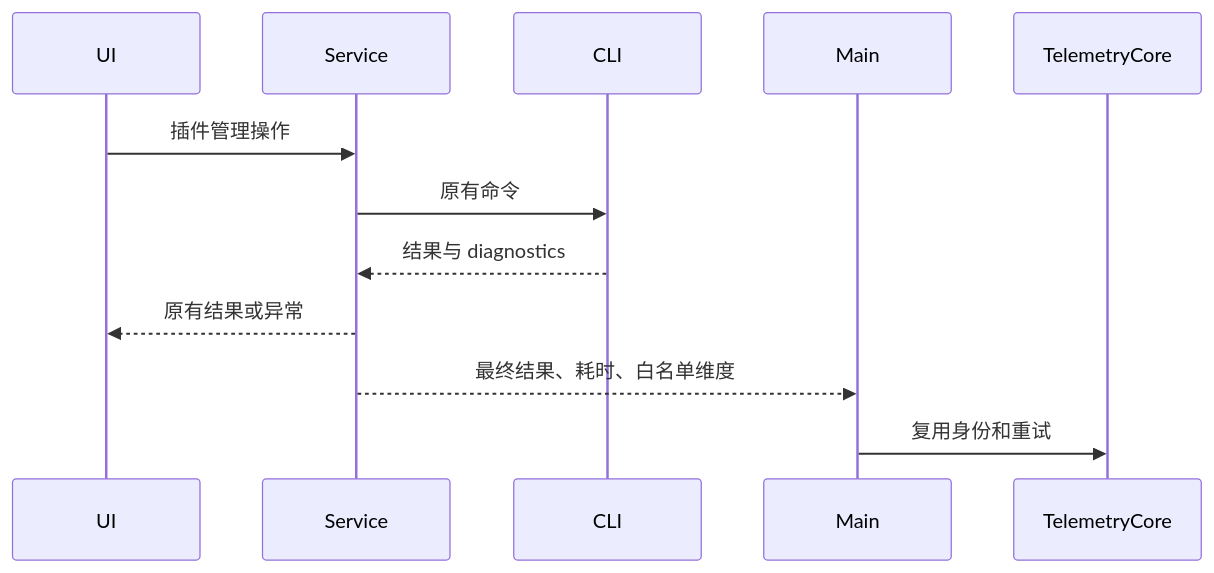
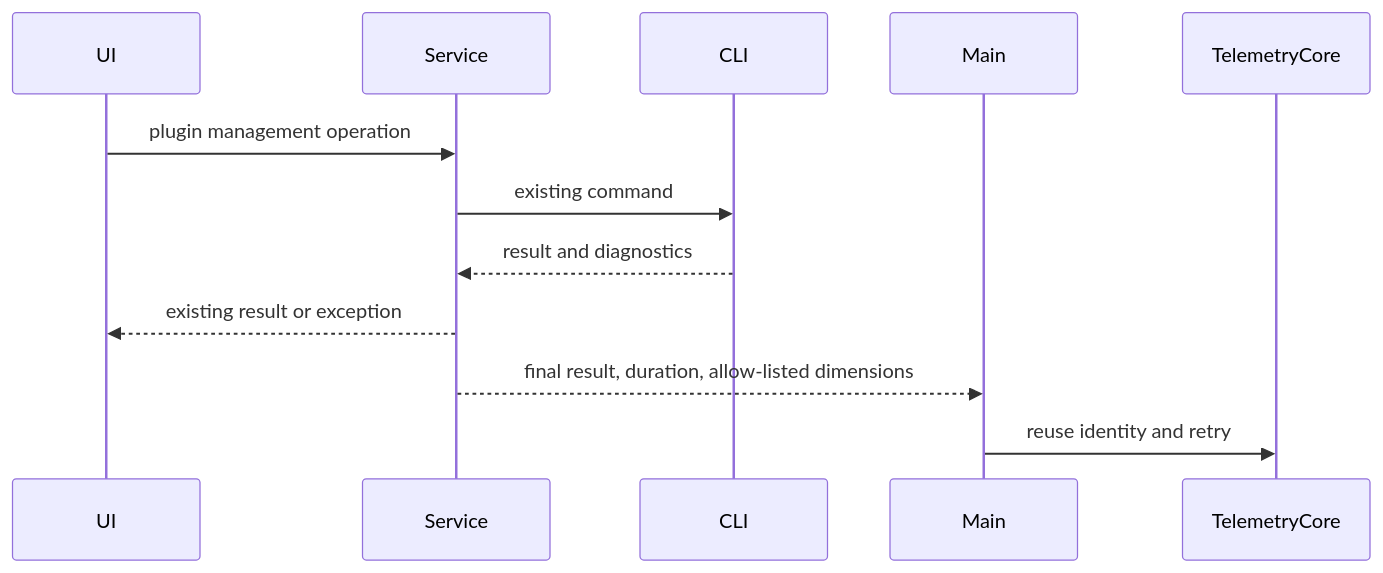
One commit to osben/ZCode changed the diagram in docs/monitoring/plugin-lifecycle-telemetry.md. Above: the diagram before and after it, drawn with Mermaid. The commit also changed other lines of this file and 21 other files, not shown here.

````diff
--- a/docs/monitoring/plugin-lifecycle-telemetry.md
+++ b/docs/monitoring/plugin-lifecycle-telemetry.md
@@ -17,9 +20,9 @@
 ```mermaid
 sequenceDiagram
-  UI->>Service: 插件管理操作
-  Service->>CLI: 原有命令
-  CLI-->>Service: 结果与 diagnostics
-  Service-->>UI: 原有结果或异常
-  Service-->>Main: 最终结果、耗时、白名单维度
-  Main->>TelemetryCore: 复用身份和重试
+  UI->>Service: plugin management operation
+  Service->>CLI: existing command
+  CLI-->>Service: result and diagnostics
+  Service-->>UI: existing result or exception
+  Service-->>Main: final result, duration, allow-listed dimensions
+  Main->>TelemetryCore: reuse identity and retry
 ```
````
